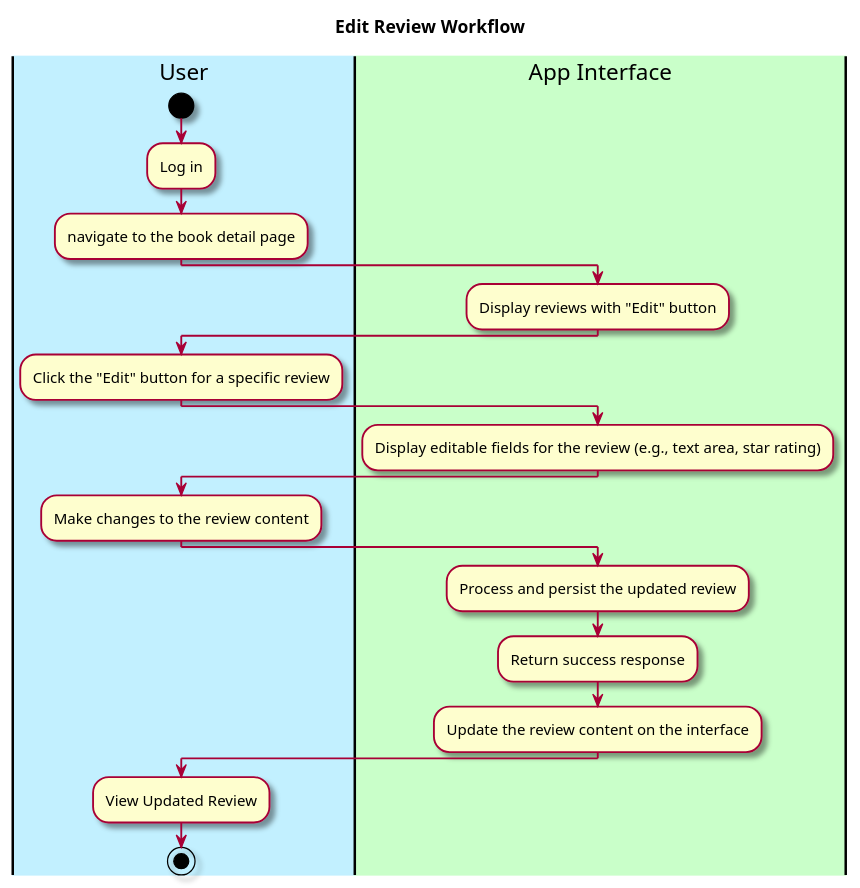
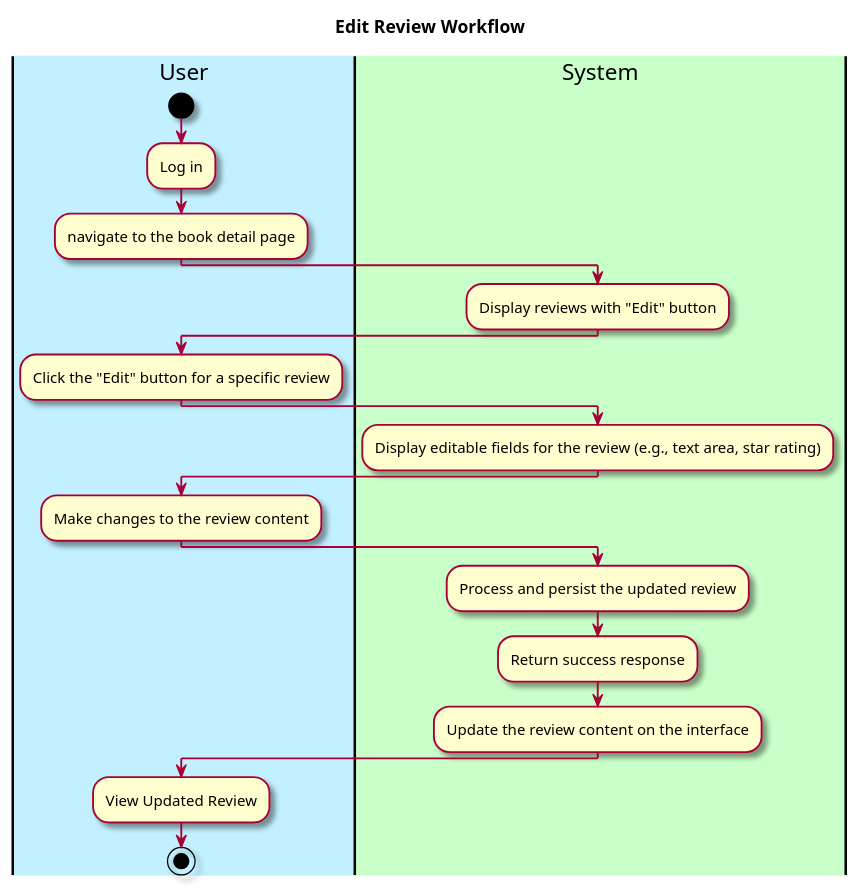
Before and after one commit to Khurshid03/team-2b: the first of 2 diagrams in intellij/doc/use-cases/manage-reviews.md, drawn with PlantUML. The commit also changed other lines of this file and 17 other files, not shown here.

````diff
--- a/intellij/doc/use-cases/manage-reviews.md
+++ b/intellij/doc/use-cases/manage-reviews.md
@@ -44,42 +44,42 @@
 ```plantuml
 @startuml
 
 skin rose
 
 title Edit Review Workflow
 
 |#application|User|
-|#technology|App Interface|
+|#technology|System|
 
 |User|
 start
 :Log in;
 :navigate to the book detail page;
 
-|App Interface|
+|System|
 :Display reviews with "Edit" button;
 
 |User|
 :Click the "Edit" button for a specific review;
 
-|App Interface|
+|System|
 :Display editable fields for the review (e.g., text area, star rating);
 
 |User|
 :Make changes to the review content;
 
-|App Interface|
+|System|
 :Process and persist the updated review;
 :Return success response;
 
-|App Interface|
+|System|
 :Update the review content on the interface;
 
 |User|
 :View Updated Review;
 
 stop
 
 
 @enduml
 ```
````
